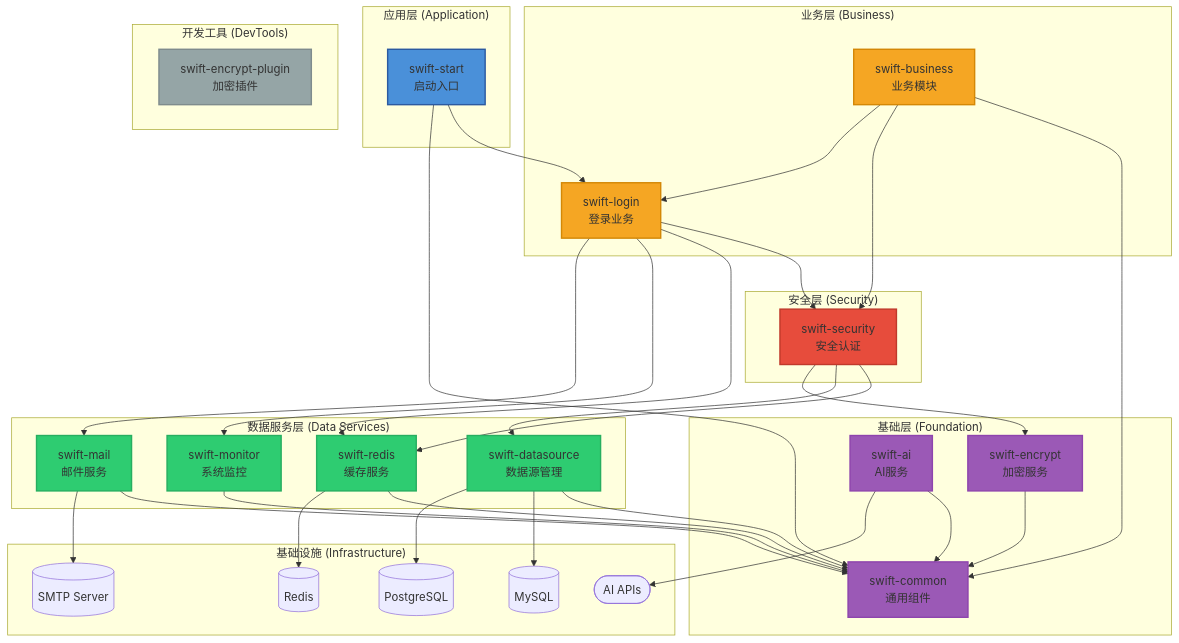
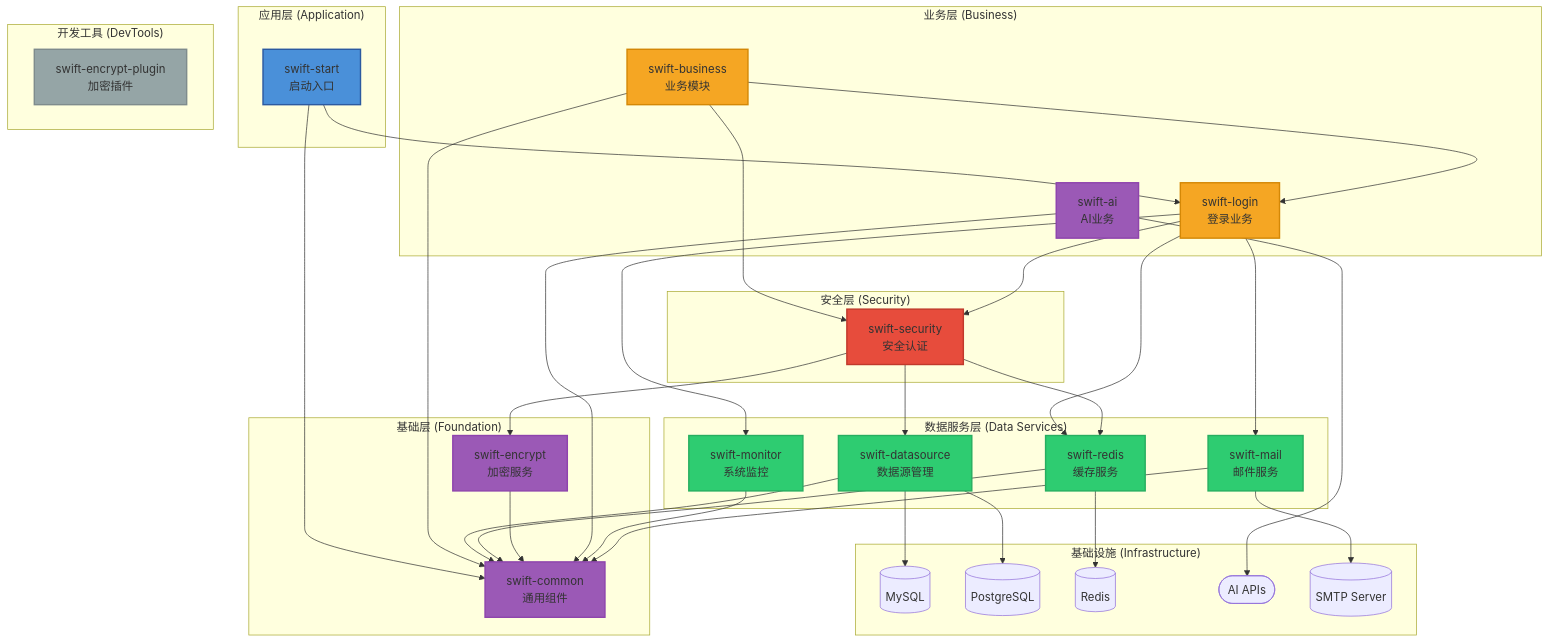
The first of 2 diagrams in README.md (SHOOTING-STAR-C/SwiftFrame), drawn with Mermaid before and after one commit. The commit also changed other lines of this file and 4 other files, not shown here.

````diff
--- a/README.md
+++ b/README.md
@@ -152,80 +154,80 @@
 ```mermaid
 graph TB
     subgraph AppLayer ["应用层 (Application)"]
         START["swift-start<br/>启动入口"]
     end
 
     subgraph BusinessLayer ["业务层 (Business)"]
         LOGIN["swift-login<br/>登录业务"]
         BUSINESS["swift-business<br/>业务模块"]
+        AI["swift-ai<br/>AI业务"]
     end
 
     subgraph SecurityLayer ["安全层 (Security)"]
         SECURITY["swift-security<br/>安全认证"]
     end
 
     subgraph DataServiceLayer ["数据服务层 (Data Services)"]
         DATASOURCE["swift-datasource<br/>数据源管理"]
         REDIS["swift-redis<br/>缓存服务"]
         MONITOR["swift-monitor<br/>系统监控"]
         MAIL["swift-mail<br/>邮件服务"]
     end
 
     subgraph FoundationLayer ["基础层 (Foundation)"]
         COMMON["swift-common<br/>通用组件"]
         ENCRYPT["swift-encrypt<br/>加密服务"]
-        AI["swift-ai<br/>AI服务"]
     end
 
     subgraph DevTools ["开发工具 (DevTools)"]
         PLUGIN["swift-encrypt-plugin<br/>加密插件"]
     end
 
     subgraph Infrastructure ["基础设施 (Infrastructure)"]
         MySQL[("MySQL")]
         PostgreSQL[("PostgreSQL")]
         Cache[("Redis")]
         AI_API(["AI APIs"])
         SMTP[("SMTP Server")]
     end
 
     %% 依赖关系
     START --> LOGIN
     START --> COMMON
     BUSINESS --> COMMON
     BUSINESS --> SECURITY
     BUSINESS --> LOGIN
     LOGIN --> SECURITY
     LOGIN --> REDIS
     LOGIN --> MONITOR
     LOGIN --> MAIL
     SECURITY --> REDIS
     SECURITY --> DATASOURCE
     SECURITY --> ENCRYPT
     DATASOURCE --> COMMON
     REDIS --> COMMON
     ENCRYPT --> COMMON
     AI --> COMMON
     MONITOR --> COMMON
     MAIL --> COMMON
     
     %% 外部依赖
     DATASOURCE --> MySQL
     DATASOURCE --> PostgreSQL
     REDIS --> Cache
     AI --> AI_API
     MAIL --> SMTP
 
     style START fill:#4a90d9,stroke:#2c5aa0,stroke-width:2px
     style LOGIN fill:#f5a623,stroke:#d48806,stroke-width:2px
     style BUSINESS fill:#f5a623,stroke:#d48806,stroke-width:2px
     style SECURITY fill:#e74c3c,stroke:#c0392b,stroke-width:2px
     style DATASOURCE fill:#2ecc71,stroke:#27ae60,stroke-width:2px
     style REDIS fill:#2ecc71,stroke:#27ae60,stroke-width:2px
     style MONITOR fill:#2ecc71,stroke:#27ae60,stroke-width:2px
     style MAIL fill:#2ecc71,stroke:#27ae60,stroke-width:2px
     style COMMON fill:#9b59b6,stroke:#8e44ad,stroke-width:2px
     style ENCRYPT fill:#9b59b6,stroke:#8e44ad,stroke-width:2px
     style AI fill:#9b59b6,stroke:#8e44ad,stroke-width:2px
     style PLUGIN fill:#95a5a6,stroke:#7f8c8d,stroke-width:2px
 ```
````
